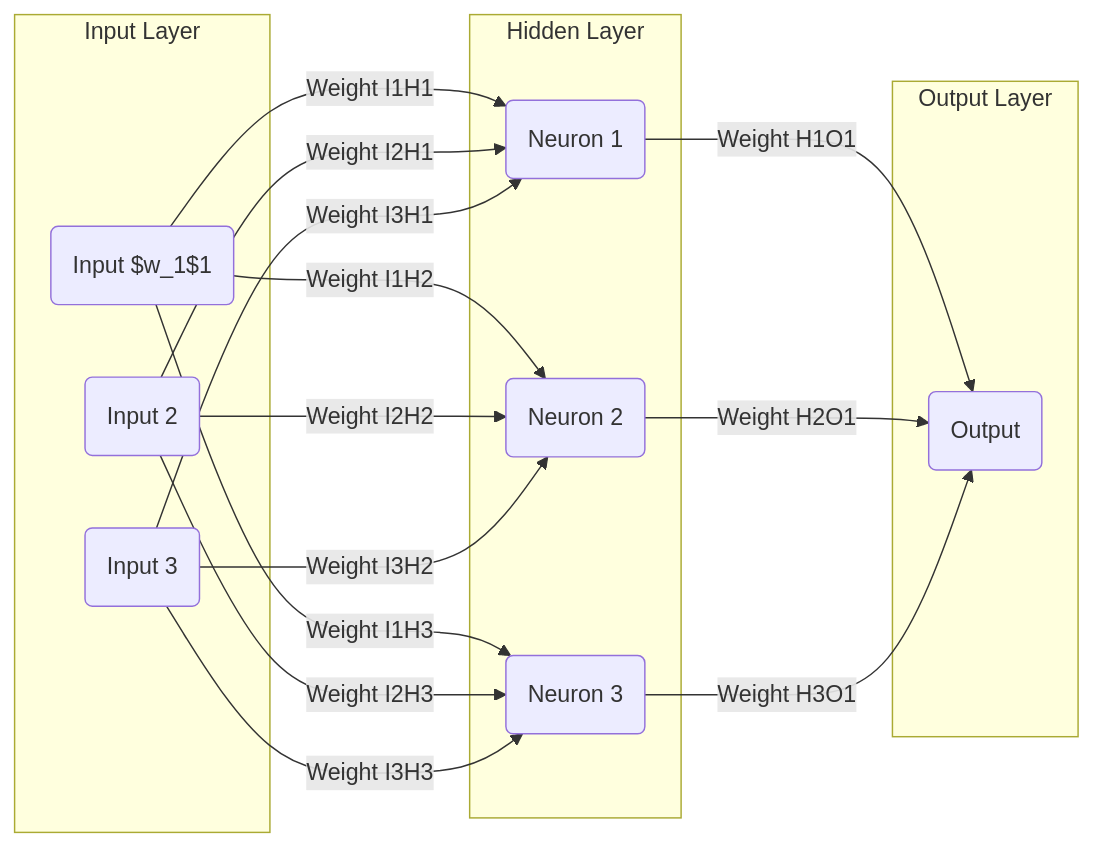
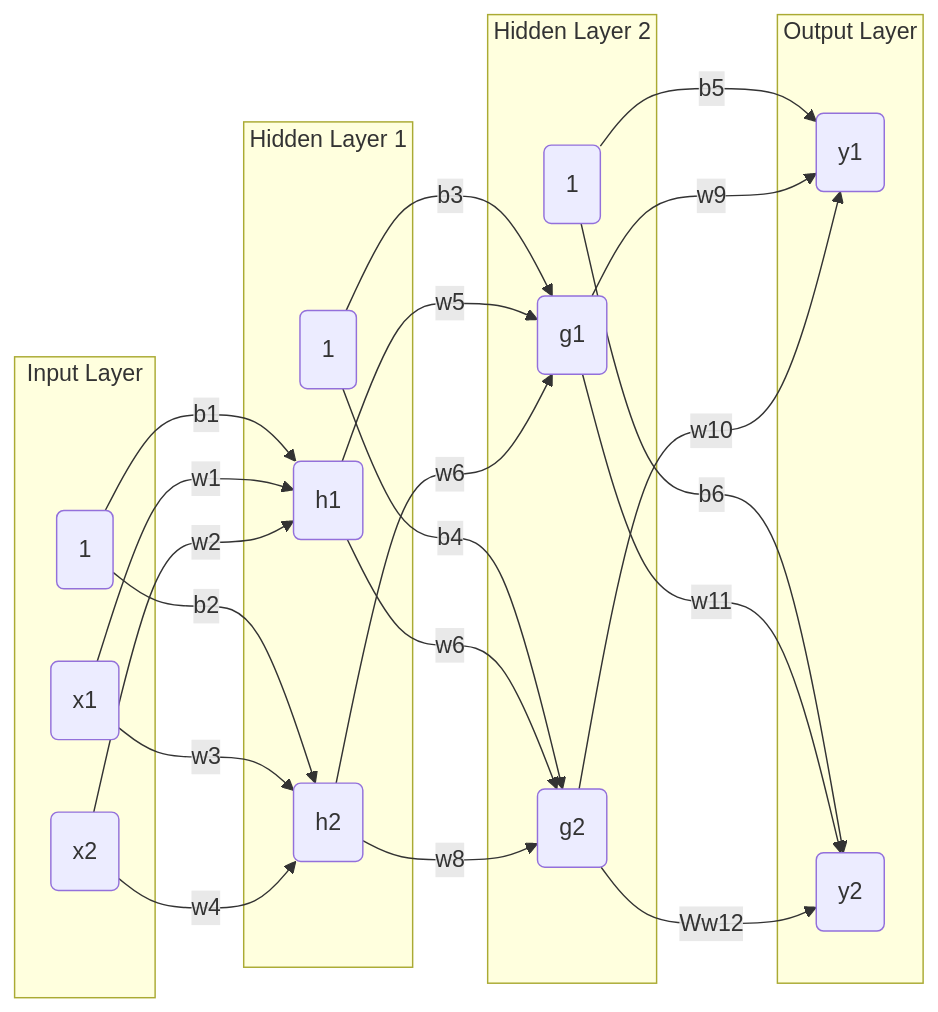
One commit to juan-esteban-berger/CUDA_Snake changed the fourth of 4 diagrams in README.md. Above: the diagram before and after it, drawn with Mermaid.

````diff
--- a/README.md
+++ b/README.md
@@ -145,34 +145,51 @@
 ```mermaid
 graph LR
-    subgraph Input Layer
-        I1(Input $w_1$1)
-        I2(Input 2)
-        I3(Input 3)
-    end
+   subgraph Input Layer
+       I1(1)
+       I2(x1)
+       I3(x2)
+   end
 
-    subgraph Hidden Layer
-        H1(Neuron 1)
-        H2(Neuron 2)
-        H3(Neuron 3)
-    end
+   subgraph Hidden Layer 1
+       H1(1)
+       H2(h1)
+       H3(h2)
+   end
 
-    subgraph Output Layer
-        O1(Output)
-    end
+   subgraph Hidden Layer 2
+       H4(1)
+       H5(g1)
+       H6(g2)
+   end
 
-    I1 -->|Weight I1H1| H1
-    I1 -->|Weight I1H2| H2
-    I1 -->|Weight I1H3| H3
+   subgraph Output Layer
+       O1(y1)
+       O2(y2)
 
-    I2 -->|Weight I2H1| H1
-    I2 -->|Weight I2H2| H2
-    I2 -->|Weight I2H3| H3
+   end
 
-    I3 -->|Weight I3H1| H1
-    I3 -->|Weight I3H2| H2
-    I3 -->|Weight I3H3| H3
 
-    H1 -->|Weight H1O1| O1
-    H2 -->|Weight H2O1| O1
-    H3 -->|Weight H3O1| O1
+   I1 -->|b1| H2
+   I2 -->|w1| H2
+   I3 -->|w2| H2
+   
+   I1 -->|b2| H3
+   I2 -->|w3| H3
+   I3 -->|w4| H3
+
+   H1 -->|b3| H5
+   H2 -->|w5| H5
+   H3 -->|w6| H5
+
+   H1 -->|b4| H6
+   H2 -->|w6| H6
+   H3 -->|w8| H6
+
+   H4 -->|b5| O1
+   H5 -->|w9| O1
+   H6 -->|w10| O1
+   
+   H4 -->|b6| O2
+   H5 -->|w11| O2
+   H6 -->|Ww12| O2
 ```
````
